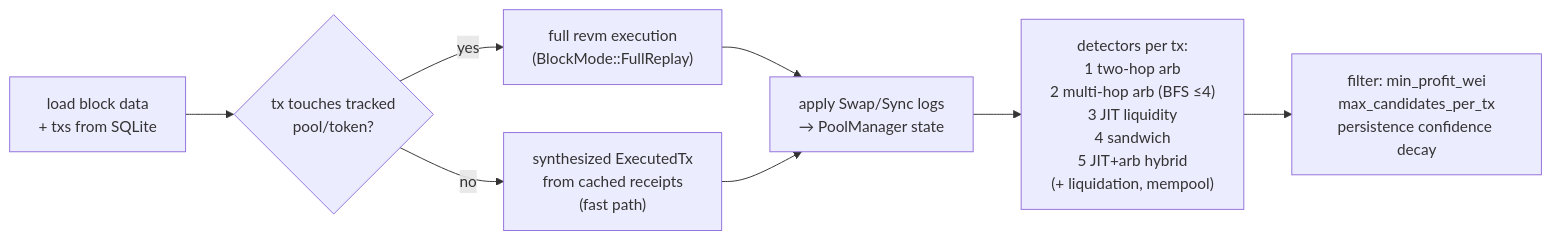
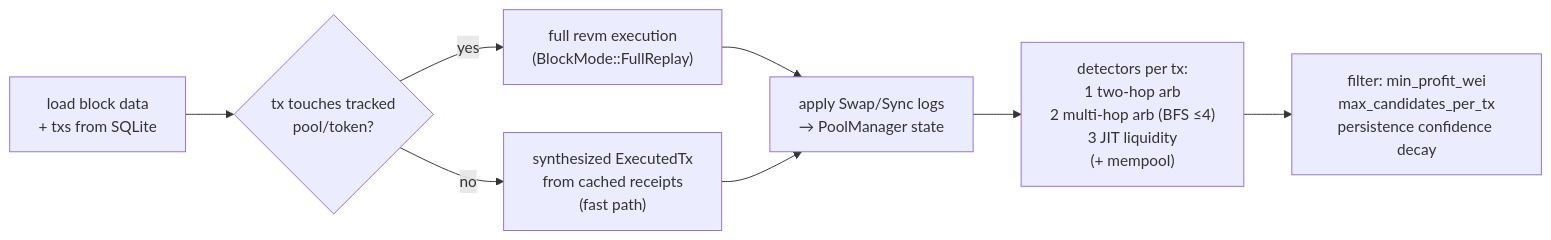
One commit to moha-moradi/mev-scout changed the seventh of 11 diagrams in docs/ARCHITECTURE.md. Above: the diagram before and after it, drawn with Mermaid. The commit also changed other lines of this file and 28 other files, not shown here.

First line of the commit message:
refactor(mev): remove sandwich and JIT arbitrage detection, update strategy handling

````diff
--- a/docs/ARCHITECTURE.md
+++ b/docs/ARCHITECTURE.md
@@ -345,10 +342,10 @@
 ```mermaid
 flowchart LR
     B0["load block data<br/>+ txs from SQLite"] --> B1{"tx touches tracked<br/>pool/token?"}
     B1 -- yes --> B2["full revm execution<br/>(BlockMode::FullReplay)"]
     B1 -- no --> B3["synthesized ExecutedTx<br/>from cached receipts<br/>(fast path)"]
     B2 --> B4["apply Swap/Sync logs<br/>→ PoolManager state"]
     B3 --> B4
-    B4 --> B5["detectors per tx:<br/>1 two-hop arb<br/>2 multi-hop arb (BFS ≤4)<br/>3 JIT liquidity<br/>4 sandwich<br/>5 JIT+arb hybrid<br/>(+ liquidation, mempool)"]
+    B4 --> B5["detectors per tx:<br/>1 two-hop arb<br/>2 multi-hop arb (BFS ≤4)<br/>3 JIT liquidity<br/>(+ mempool)"]
     B5 --> B6["filter: min_profit_wei<br/>max_candidates_per_tx<br/>persistence confidence decay"]
 ```
````
